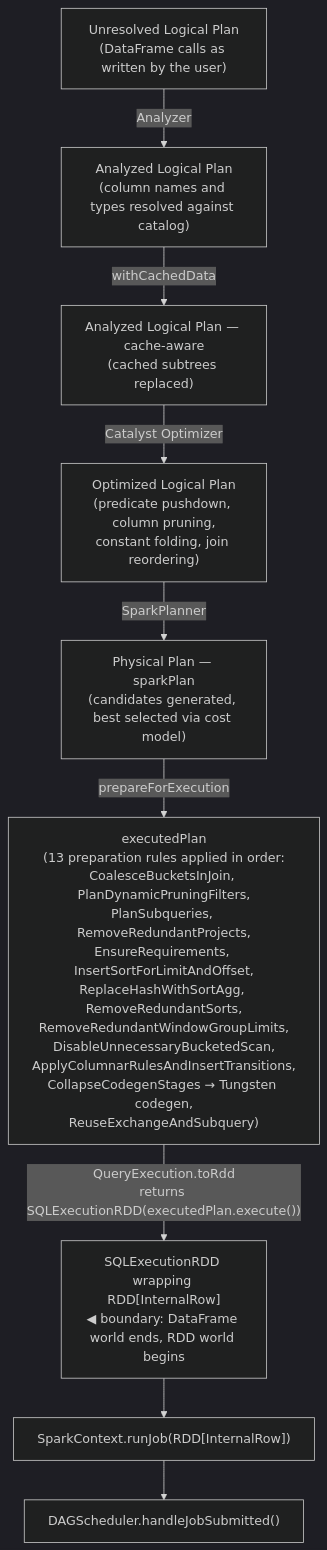
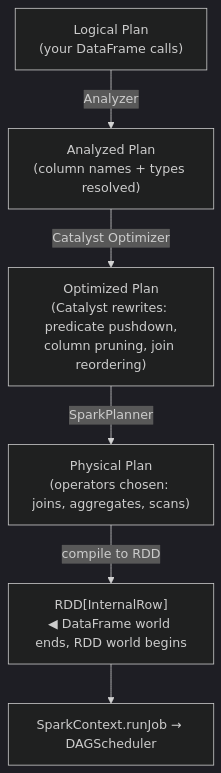
The sixth of 17 diagrams in docs/spark-book/ch02-spark-architecture.md (arindamchoudhury/spark-gyan), drawn with Mermaid (dark theme) before and after one commit. The commit also changed other lines of this file and 1 other file, not shown here.

````diff
--- a/docs/spark-book/ch02-spark-architecture.md
+++ b/docs/spark-book/ch02-spark-architecture.md
@@ -521,20 +517,11 @@
 ```mermaid
 flowchart TD
-    A["Unresolved Logical Plan\n(DataFrame calls as written by the user)"]
-    B["Analyzed Logical Plan\n(column names and types resolved against catalog)"]
-    C["Analyzed Logical Plan — cache-aware\n(cached subtrees replaced)"]
-    D["Optimized Logical Plan\n(predicate pushdown, column pruning,\nconstant folding, join reordering)"]
-    E["Physical Plan — sparkPlan\n(candidates generated, best selected via cost model)"]
-    F["executedPlan\n(13 preparation rules applied in order:\nCoalesceBucketsInJoin, PlanDynamicPruningFilters,\nPlanSubqueries, RemoveRedundantProjects,\nEnsureRequirements, InsertSortForLimitAndOffset,\nReplaceHashWithSortAgg, RemoveRedundantSorts,\nRemoveRedundantWindowGroupLimits,\nDisableUnnecessaryBucketedScan,\nApplyColumnarRulesAndInsertTransitions,\nCollapseCodegenStages → Tungsten codegen,\nReuseExchangeAndSubquery)"]
-    G["SQLExecutionRDD wrapping RDD[InternalRow]\n◀ boundary: DataFrame world ends, RDD world begins"]
-    H["SparkContext.runJob(RDD[InternalRow])"]
-    I["DAGScheduler.handleJobSubmitted()"]
+    A["Logical Plan\n(your DataFrame calls)"]
+    B["Analyzed Plan\n(column names + types resolved)"]
+    D["Optimized Plan\n(Catalyst rewrites: predicate pushdown,\ncolumn pruning, join reordering)"]
+    E["Physical Plan\n(operators chosen: joins, aggregates, scans)"]
+    G["RDD[InternalRow]\n◀ DataFrame world ends, RDD world begins"]
+    H["SparkContext.runJob → DAGScheduler"]
 
-    A -->|"Analyzer"| B
-    B -->|"withCachedData"| C
-    C -->|"Catalyst Optimizer"| D
-    D -->|"SparkPlanner"| E
-    E -->|"prepareForExecution"| F
-    F -->|"QueryExecution.toRdd\nreturns SQLExecutionRDD(executedPlan.execute())"| G
-    G --> H --> I
+    A -->|"Analyzer"| B -->|"Catalyst Optimizer"| D -->|"SparkPlanner"| E -->|"compile to RDD"| G --> H
 ```
````
